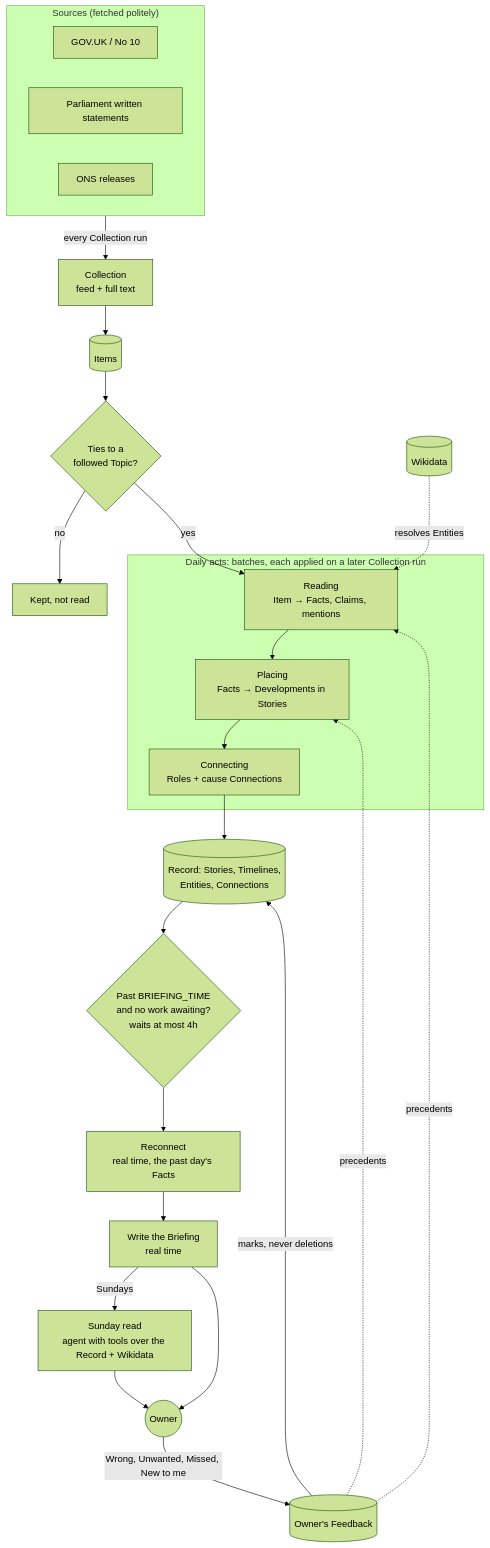
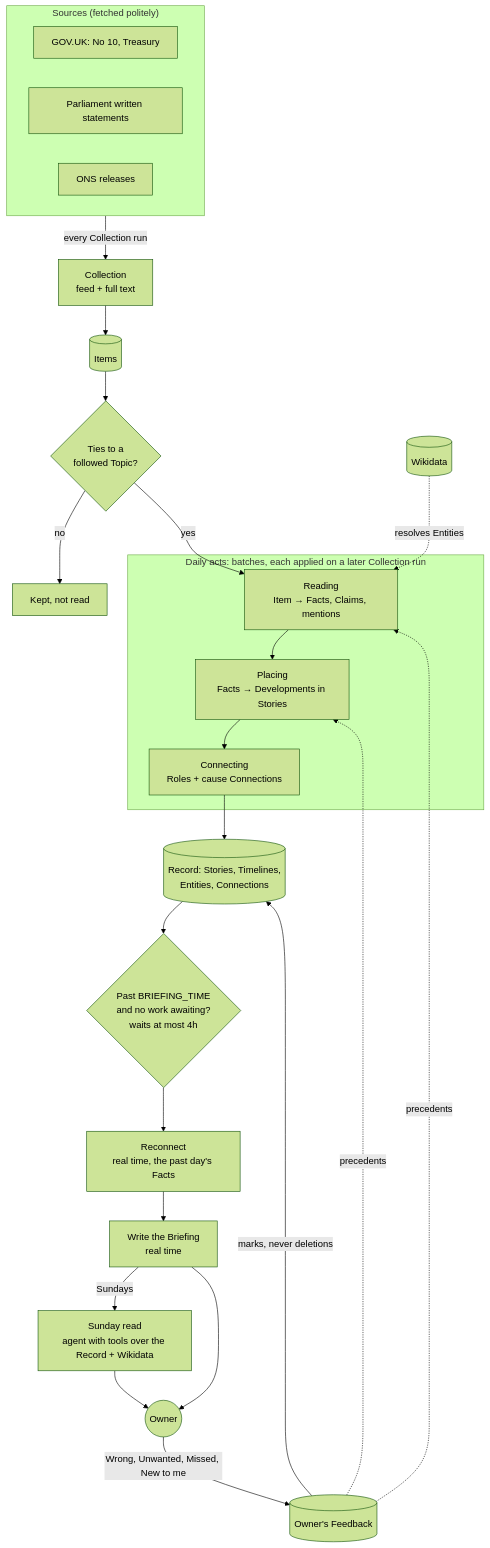
The diagram in README.md (samthorold/go-slow), drawn with Mermaid (forest theme) before and after one commit. The commit also changed 6 other files, not shown here.

First line of the commit message:
Collect HM Treasury on GOV.UK

````diff
--- a/README.md
+++ b/README.md
@@ -13,37 +13,37 @@
 ```mermaid
 flowchart TD
     subgraph Sources["Sources (fetched politely)"]
-        GOV[GOV.UK / No 10]
+        GOV[GOV.UK: No 10, Treasury]
         PARL[Parliament written statements]
         ONS[ONS releases]
     end
 
     Sources -->|every Collection run| COLLECT[Collection<br/>feed + full text]
     COLLECT --> ITEMS[(Items)]
     ITEMS --> TOPIC{Ties to a<br/>followed Topic?}
     TOPIC -->|no| IDLE[Kept, not read]
     TOPIC -->|yes| READ
 
     subgraph Batches["Daily acts: batches, each applied on a later Collection run"]
         READ[Reading<br/>Item → Facts, Claims, mentions]
         PLACE[Placing<br/>Facts → Developments in Stories]
         CONNECT[Connecting<br/>Roles + cause Connections]
         READ --> PLACE --> CONNECT
     end
 
     WD[(Wikidata)] -.->|resolves Entities| READ
     FB[(Owner's Feedback)] -.->|precedents| READ
     FB -.->|precedents| PLACE
 
     CONNECT --> RECORD[(Record: Stories, Timelines,<br/>Entities, Connections)]
 
     RECORD --> WAIT{Past BRIEFING_TIME<br/>and no work awaiting?<br/>waits at most 4h}
     WAIT --> RECON[Reconnect<br/>real time, the past day's Facts]
     RECON --> BRIEF[Write the Briefing<br/>real time]
     BRIEF -->|Sundays| SUNDAY[Sunday read<br/>agent with tools over the Record + Wikidata]
 
     BRIEF --> OWNER((Owner))
     SUNDAY --> OWNER
     OWNER -->|Wrong, Unwanted, Missed, New to me| FB
     FB -->|marks, never deletions| RECORD
 ```
````
